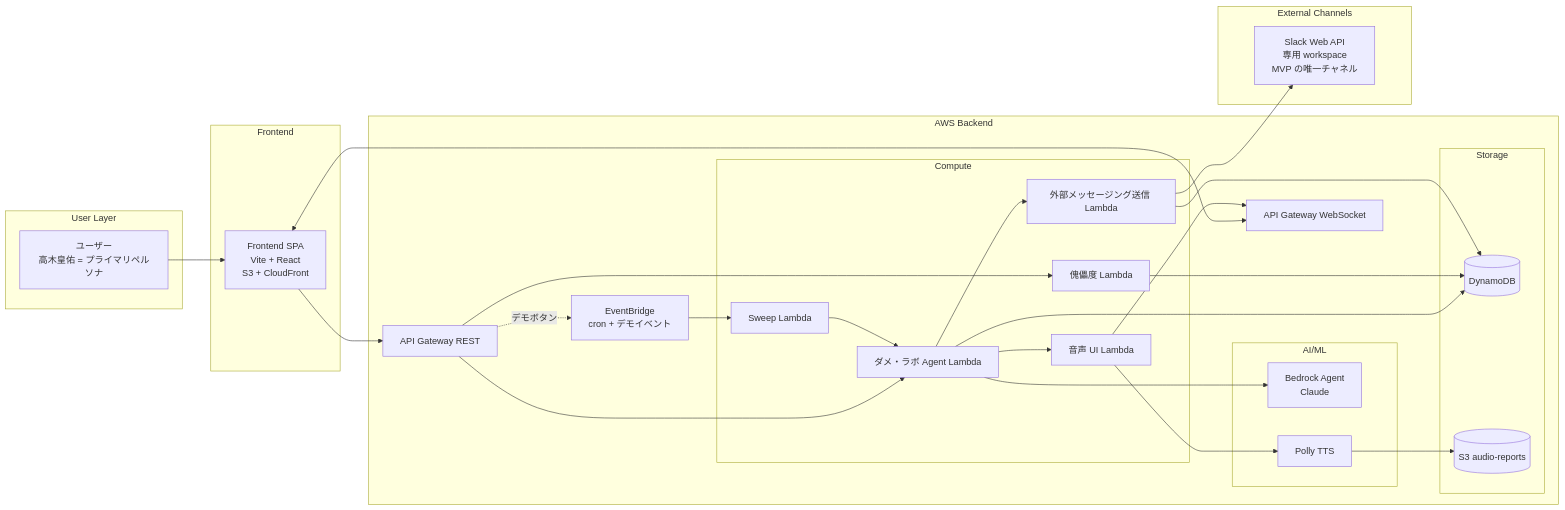
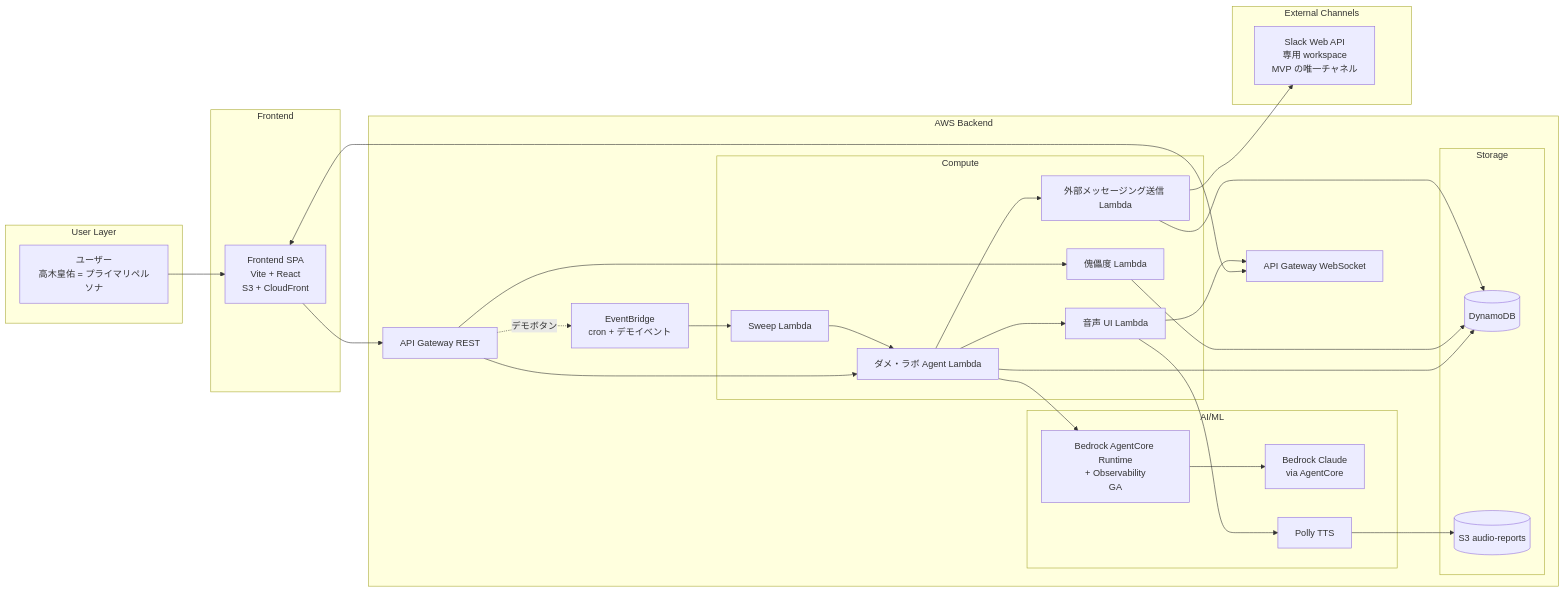
Before and after one commit to is-tech-lab/team-dlc-dame-labo-corporation: the diagram in aidlc-docs/inception/application-design/application-design.md, drawn with Mermaid. The commit also changed other lines of this file and 6 other files, not shown here.

First line of the commit message:
Document AgentCore adoption scope across AI-DLC upstream layers

````diff
--- a/aidlc-docs/inception/application-design/application-design.md
+++ b/aidlc-docs/inception/application-design/application-design.md
@@ -54,58 +55,60 @@
 ```mermaid
 flowchart LR
     subgraph User Layer
         User[ユーザー<br/>高木皇佑 = プライマリペルソナ]
     end
 
     subgraph Frontend
         SPA[Frontend SPA<br/>Vite + React<br/>S3 + CloudFront]
     end
 
     subgraph AWS Backend
         REST[API Gateway REST]
         WS[API Gateway WebSocket]
 
         subgraph Compute
             AgentL[ダメ・ラボ Agent Lambda]
             PuppetLevelL[傀儡度 Lambda]
             ExtL[外部メッセージング送信 Lambda]
             VoiceL[音声 UI Lambda]
             SweepL[Sweep Lambda]
         end
 
         subgraph Storage
             DDB[(DynamoDB)]
             S3A[(S3 audio-reports)]
         end
 
         subgraph AI/ML
-            Bedrock[Bedrock Agent<br/>Claude]
+            AgentCore[Bedrock AgentCore Runtime<br/>+ Observability<br/>GA]
+            Bedrock[Bedrock Claude<br/>via AgentCore]
             Polly[Polly TTS]
         end
 
         EB[EventBridge<br/>cron + デモイベント]
     end
 
     subgraph External Channels
         Slack[Slack Web API<br/>専用 workspace<br/>MVP の唯一チャネル]
     end
 
     User --> SPA
     SPA --> REST
     SPA <--> WS
     REST --> AgentL
     REST --> PuppetLevelL
-    AgentL --> Bedrock
+    AgentL --> AgentCore
+    AgentCore --> Bedrock
     AgentL --> ExtL
     AgentL --> VoiceL
     VoiceL --> Polly
     Polly --> S3A
     VoiceL --> WS
     AgentL --> DDB
     PuppetLevelL --> DDB
     ExtL --> DDB
     EB --> SweepL
     SweepL --> AgentL
     REST -.デモボタン.-> EB
     ExtL --> Slack
 ```
````
